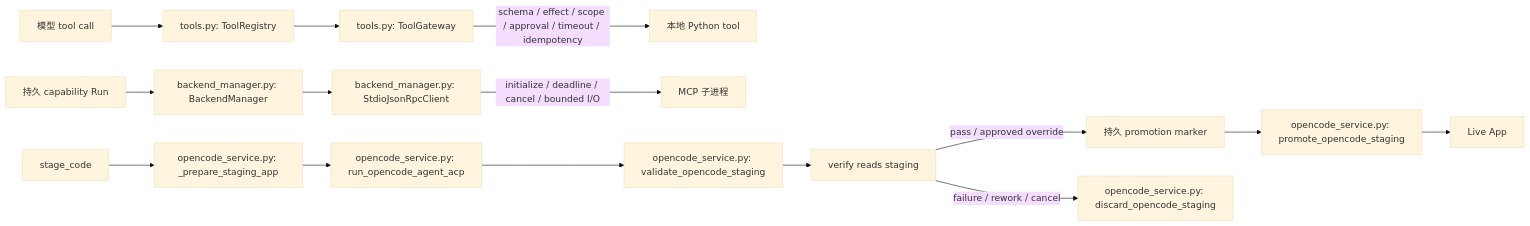
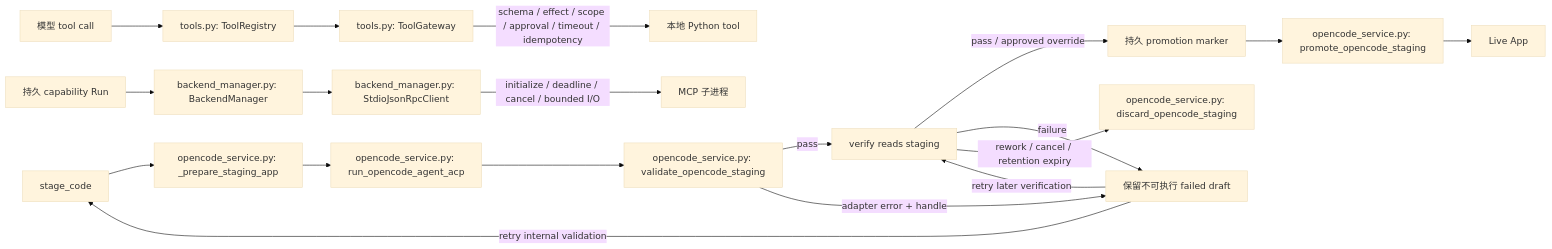
One commit to BillShiyaoZhang/ambient-agent changed the fifth of 7 diagrams in docs/architecture/uml.md. Above: the diagram before and after it, drawn with Mermaid (base theme). The commit also changed 27 other files, not shown here.

````diff
--- a/docs/architecture/uml.md
+++ b/docs/architecture/uml.md
@@ -154,19 +154,23 @@
 ```mermaid
 flowchart LR
     Model[模型 tool call] --> Registry[tools.py: ToolRegistry]
     Registry --> Gateway[tools.py: ToolGateway]
     Gateway -->|schema / effect / scope / approval / timeout / idempotency| LocalTool[本地 Python tool]
 
     Run[持久 capability Run] --> Backend[backend_manager.py: BackendManager]
     Backend --> MCP[backend_manager.py: StdioJsonRpcClient]
     MCP -->|initialize / deadline / cancel / bounded I/O| Process[MCP 子进程]
 
     Stage[stage_code] --> Prepare[opencode_service.py: _prepare_staging_app]
     Prepare --> ACP[opencode_service.py: run_opencode_agent_acp]
     ACP --> Validate[opencode_service.py: validate_opencode_staging]
-    Validate --> Verify[verify reads staging]
+    Validate -->|pass| Verify[verify reads staging]
+    Validate -->|adapter error + handle| Retain[保留不可执行 failed draft]
     Verify -->|pass / approved override| Marker[持久 promotion marker]
     Marker --> Promote[opencode_service.py: promote_opencode_staging]
-    Verify -->|failure / rework / cancel| Discard[opencode_service.py: discard_opencode_staging]
+    Verify -->|failure| Retain
+    Retain -->|retry internal validation| Stage
+    Retain -->|retry later verification| Verify
+    Verify -->|rework / cancel / retention expiry| Discard[opencode_service.py: discard_opencode_staging]
     Promote --> Live[Live App]
 ```
````
